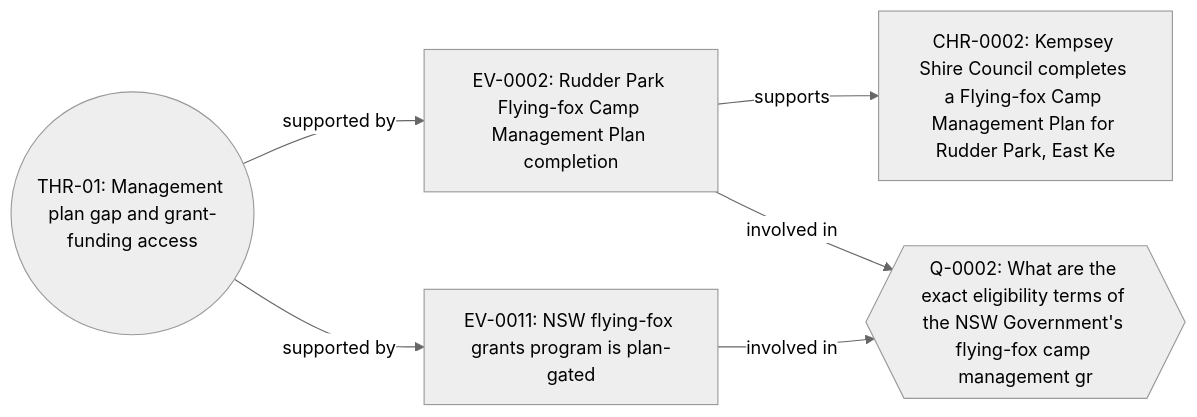
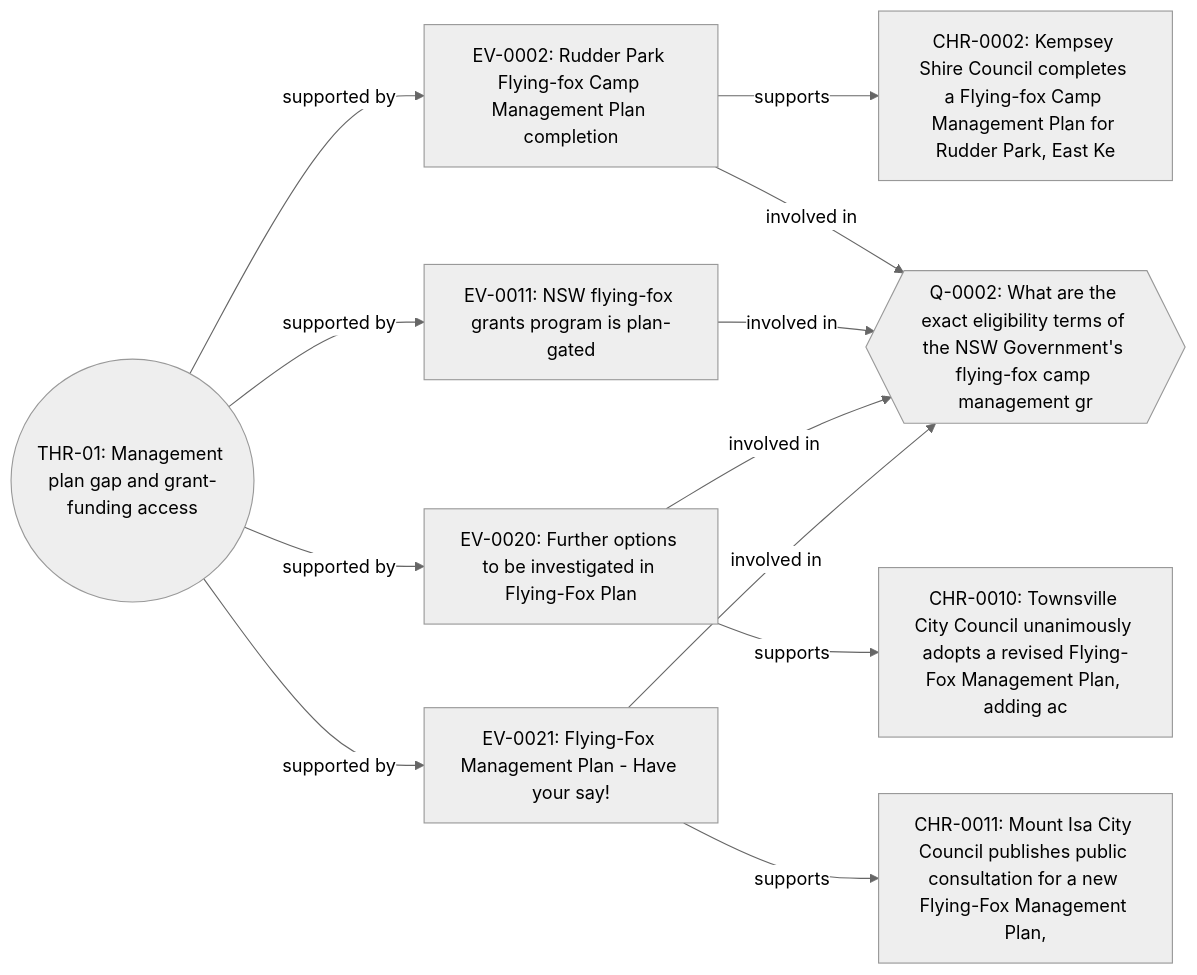
Diagram 29 of 49 in docs/RELATIONSHIP_MAP.md (mayhem82/mayhem-investigations), drawn with Mermaid (neutral theme) before and after one commit. The commit also changed other lines of this file, not shown here.

````diff
--- a/docs/RELATIONSHIP_MAP.md
+++ b/docs/RELATIONSHIP_MAP.md
@@ -851,13 +854,23 @@
 ```mermaid
 flowchart LR
   DFAPTI_BB_FF_2026_00001_THRD_THR_01(("THR-01: Management plan gap and grant-funding access"))
   DFAPTI_BB_FF_2026_00001_EVID_EV_0002["EV-0002: Rudder Park Flying-fox Camp Management Plan completion"]
   DFAPTI_BB_FF_2026_00001_EVID_EV_0011["EV-0011: NSW flying-fox grants program is plan-gated"]
+  DFAPTI_BB_FF_2026_00001_EVID_EV_0020["EV-0020: Further options to be investigated in Flying-Fox Plan"]
+  DFAPTI_BB_FF_2026_00001_EVID_EV_0021["EV-0021: Flying-Fox Management Plan - Have your say!"]
   DFAPTI_BB_FF_2026_00001_CHRO_CHR_0002["CHR-0002: Kempsey Shire Council completes a Flying-fox Camp Management Plan for Rudder Park, East Ke"]
   DFAPTI_BB_FF_2026_00001_QUES_Q_0002{{"Q-0002: What are the exact eligibility terms of the NSW Government's flying-fox camp management gr"}}
+  DFAPTI_BB_FF_2026_00001_CHRO_CHR_0010["CHR-0010: Townsville City Council unanimously adopts a revised Flying-Fox Management Plan, adding ac"]
+  DFAPTI_BB_FF_2026_00001_CHRO_CHR_0011["CHR-0011: Mount Isa City Council publishes public consultation for a new Flying-Fox Management Plan,"]
   DFAPTI_BB_FF_2026_00001_THRD_THR_01 -- "supported by" --> DFAPTI_BB_FF_2026_00001_EVID_EV_0002
   DFAPTI_BB_FF_2026_00001_THRD_THR_01 -- "supported by" --> DFAPTI_BB_FF_2026_00001_EVID_EV_0011
+  DFAPTI_BB_FF_2026_00001_THRD_THR_01 -- "supported by" --> DFAPTI_BB_FF_2026_00001_EVID_EV_0020
+  DFAPTI_BB_FF_2026_00001_THRD_THR_01 -- "supported by" --> DFAPTI_BB_FF_2026_00001_EVID_EV_0021
   DFAPTI_BB_FF_2026_00001_EVID_EV_0002 -- "supports" --> DFAPTI_BB_FF_2026_00001_CHRO_CHR_0002
   DFAPTI_BB_FF_2026_00001_EVID_EV_0002 -- "involved in" --> DFAPTI_BB_FF_2026_00001_QUES_Q_0002
   DFAPTI_BB_FF_2026_00001_EVID_EV_0011 -- "involved in" --> DFAPTI_BB_FF_2026_00001_QUES_Q_0002
+  DFAPTI_BB_FF_2026_00001_EVID_EV_0020 -- "supports" --> DFAPTI_BB_FF_2026_00001_CHRO_CHR_0010
+  DFAPTI_BB_FF_2026_00001_EVID_EV_0020 -- "involved in" --> DFAPTI_BB_FF_2026_00001_QUES_Q_0002
+  DFAPTI_BB_FF_2026_00001_EVID_EV_0021 -- "supports" --> DFAPTI_BB_FF_2026_00001_CHRO_CHR_0011
+  DFAPTI_BB_FF_2026_00001_EVID_EV_0021 -- "involved in" --> DFAPTI_BB_FF_2026_00001_QUES_Q_0002
 ```
````
